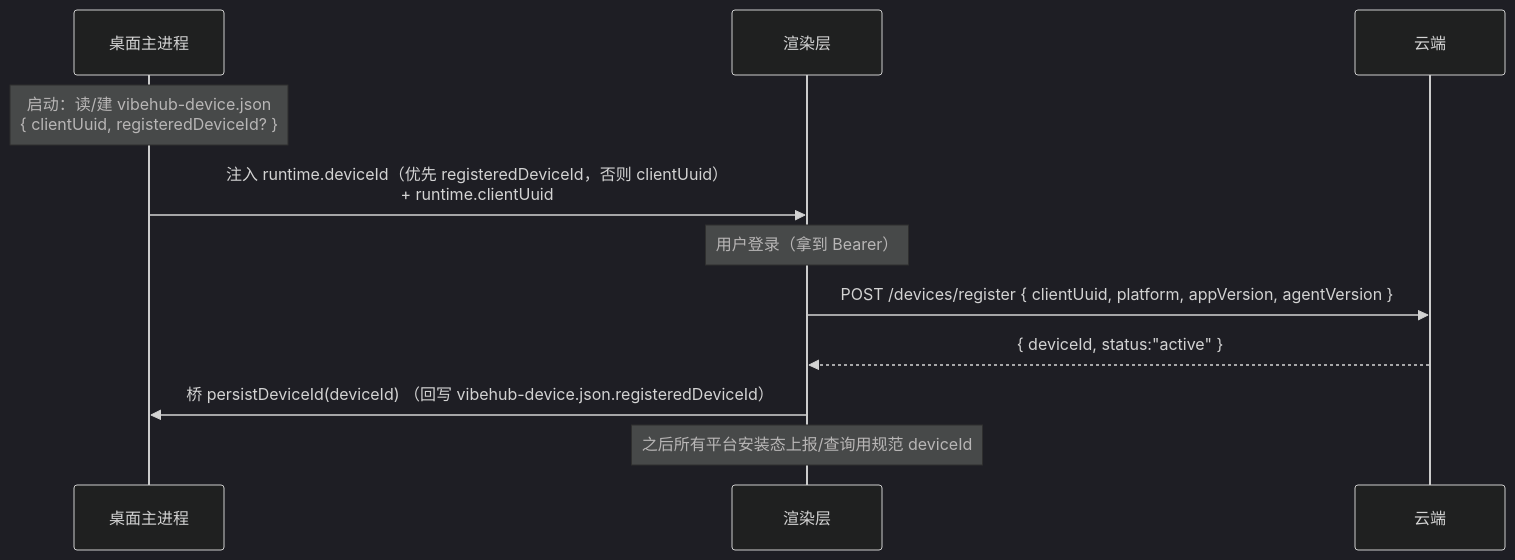
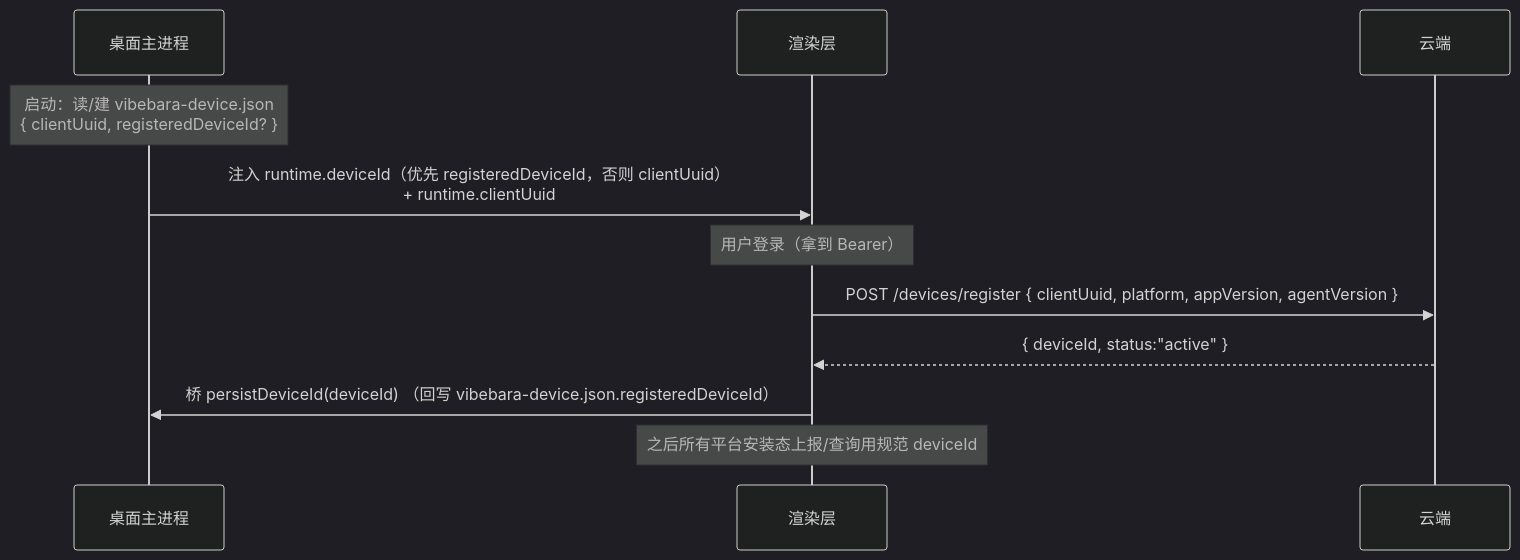
Before and after one commit to fxxzzhinian-netizen/Vibebara: the second of 3 diagrams in docs/方案B-桌面客户端迁移/M5-平台安装状态-多用户多机设计.md, drawn with Mermaid (dark theme). The commit also changed other lines of this file and 89 other files, not shown here.

````diff
--- a/docs/方案B-桌面客户端迁移/M5-平台安装状态-多用户多机设计.md
+++ b/docs/方案B-桌面客户端迁移/M5-平台安装状态-多用户多机设计.md
@@ -243,14 +243,14 @@
 ```mermaid
 sequenceDiagram
     participant Shell as 桌面主进程
     participant FE as 渲染层
     participant API as 云端
 
-    Note over Shell: 启动：读/建 vibehub-device.json<br/>{ clientUuid, registeredDeviceId? }
+    Note over Shell: 启动：读/建 vibebara-device.json<br/>{ clientUuid, registeredDeviceId? }
     Shell->>FE: 注入 runtime.deviceId（优先 registeredDeviceId，否则 clientUuid）<br/>+ runtime.clientUuid
     Note over FE: 用户登录（拿到 Bearer）
     FE->>API: POST /devices/register { clientUuid, platform, appVersion, agentVersion }
     API-->>FE: { deviceId, status:"active" }
-    FE->>Shell: 桥 persistDeviceId(deviceId)  （回写 vibehub-device.json.registeredDeviceId）
+    FE->>Shell: 桥 persistDeviceId(deviceId)  （回写 vibebara-device.json.registeredDeviceId）
     Note over FE: 之后所有平台安装态上报/查询用规范 deviceId
 ```
````
